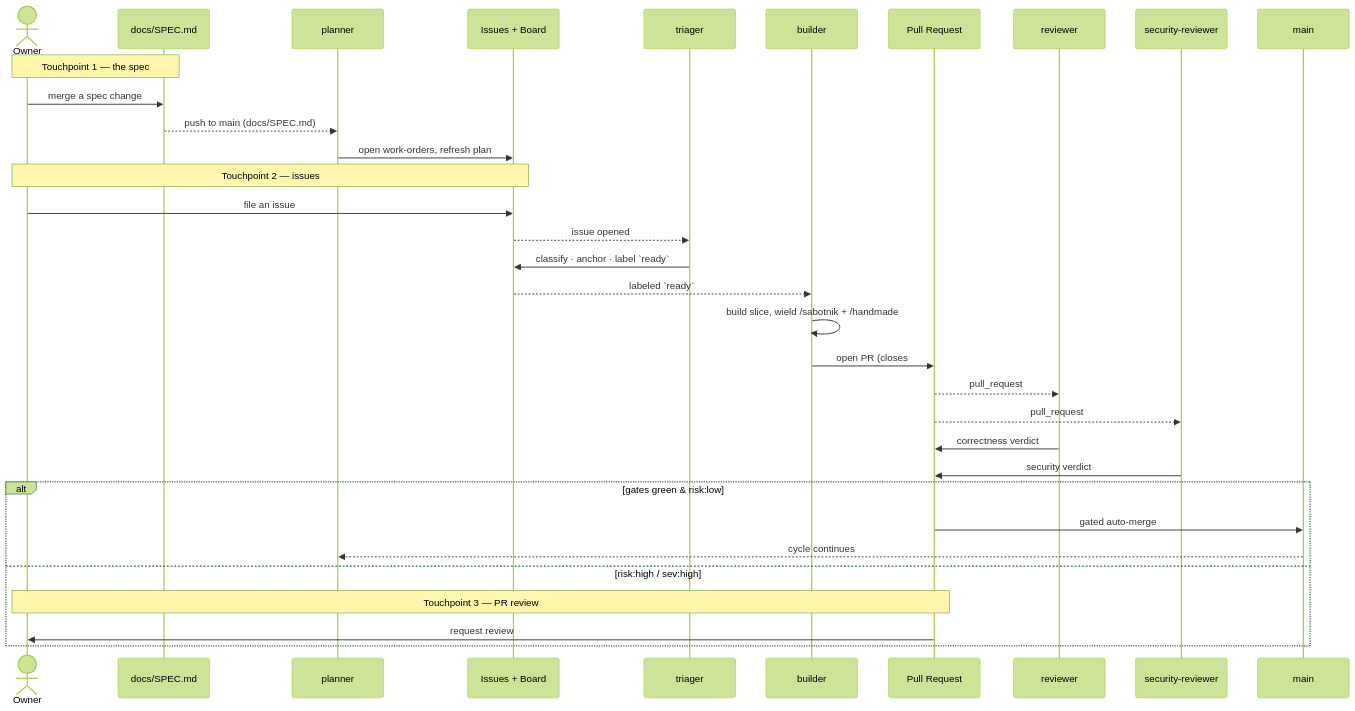
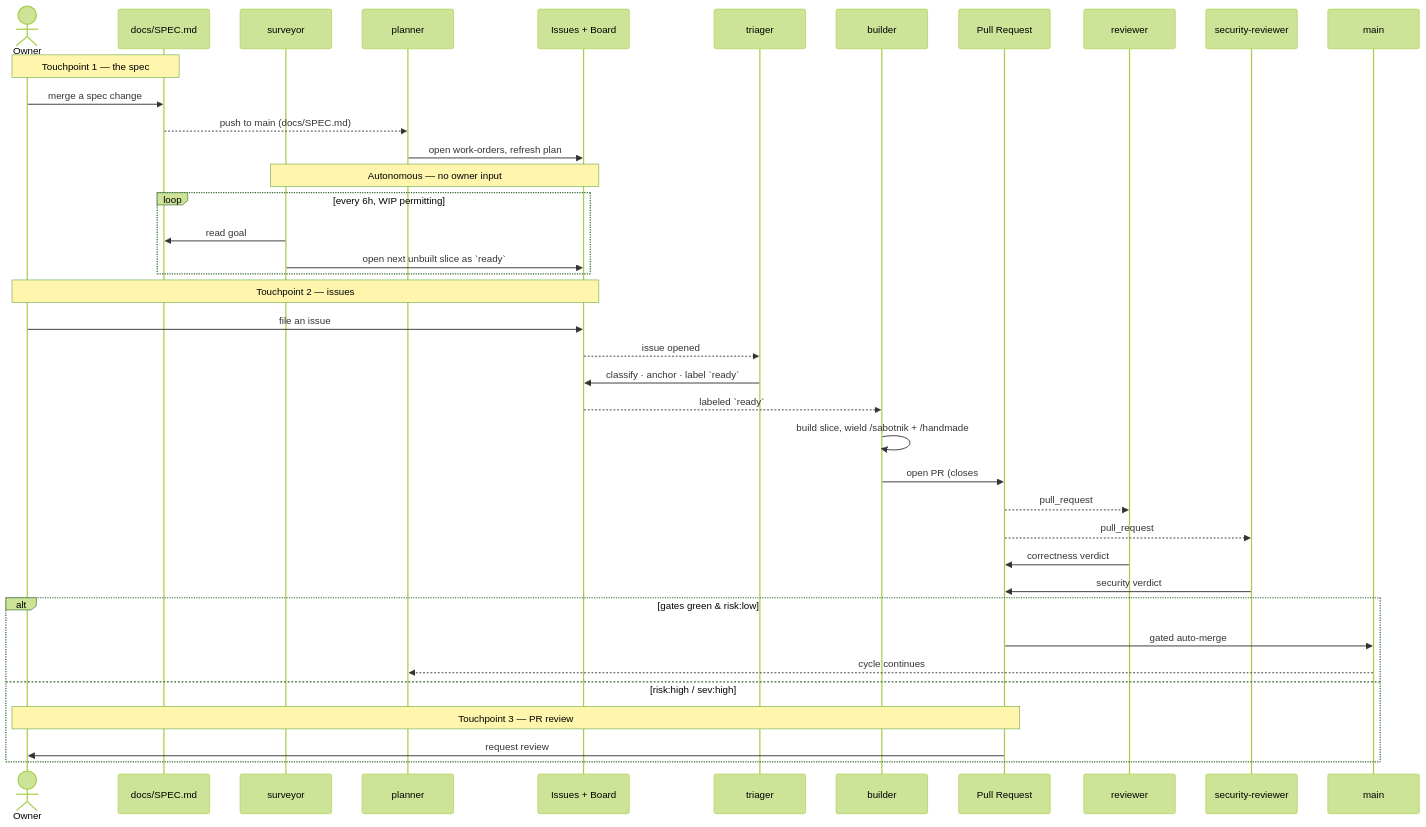
One commit to bugabinga/smith changed the diagram in docs/plans/AGENTIC-DEVELOPMENT.md. Above: the diagram before and after it, drawn with Mermaid (forest theme). The commit also changed other lines of this file and 2 other files, not shown here.

First line of the commit message:
Let the spec pull the build forward on its own

````diff
--- a/docs/plans/AGENTIC-DEVELOPMENT.md
+++ b/docs/plans/AGENTIC-DEVELOPMENT.md
@@ -114,39 +127,46 @@
 ```mermaid
 sequenceDiagram
     actor Owner
     participant Spec as docs/SPEC.md
+    participant Sur as surveyor
     participant Plan as planner
     participant Board as Issues + Board
     participant Tri as triager
     participant Bld as builder
     participant PR as Pull Request
     participant Rev as reviewer
     participant Sec as security-reviewer
     participant Trunk as main
 
     Note over Owner,Spec: Touchpoint 1 — the spec
     Owner->>Spec: merge a spec change
     Spec-->>Plan: push to main (docs/SPEC.md)
     Plan->>Board: open work-orders, refresh plan
+
+    Note over Sur,Board: Autonomous — no owner input
+    loop every 6h, WIP permitting
+        Sur->>Spec: read goal
+        Sur->>Board: open next unbuilt slice as `ready`
+    end
 
     Note over Owner,Board: Touchpoint 2 — issues
     Owner->>Board: file an issue
     Board-->>Tri: issue opened
     Tri->>Board: classify · anchor · label `ready`
 
     Board-->>Bld: labeled `ready`
     Bld->>Bld: build slice, wield /sabotnik + /handmade
     Bld->>PR: open PR (closes #N)
     PR-->>Rev: pull_request
     PR-->>Sec: pull_request
     Rev->>PR: correctness verdict
     Sec->>PR: security verdict
 
     alt gates green & risk:low
         PR->>Trunk: gated auto-merge
         Trunk-->>Plan: cycle continues
     else risk:high / sev:high
         Note over PR,Owner: Touchpoint 3 — PR review
         PR->>Owner: request review
     end
 ```
````
